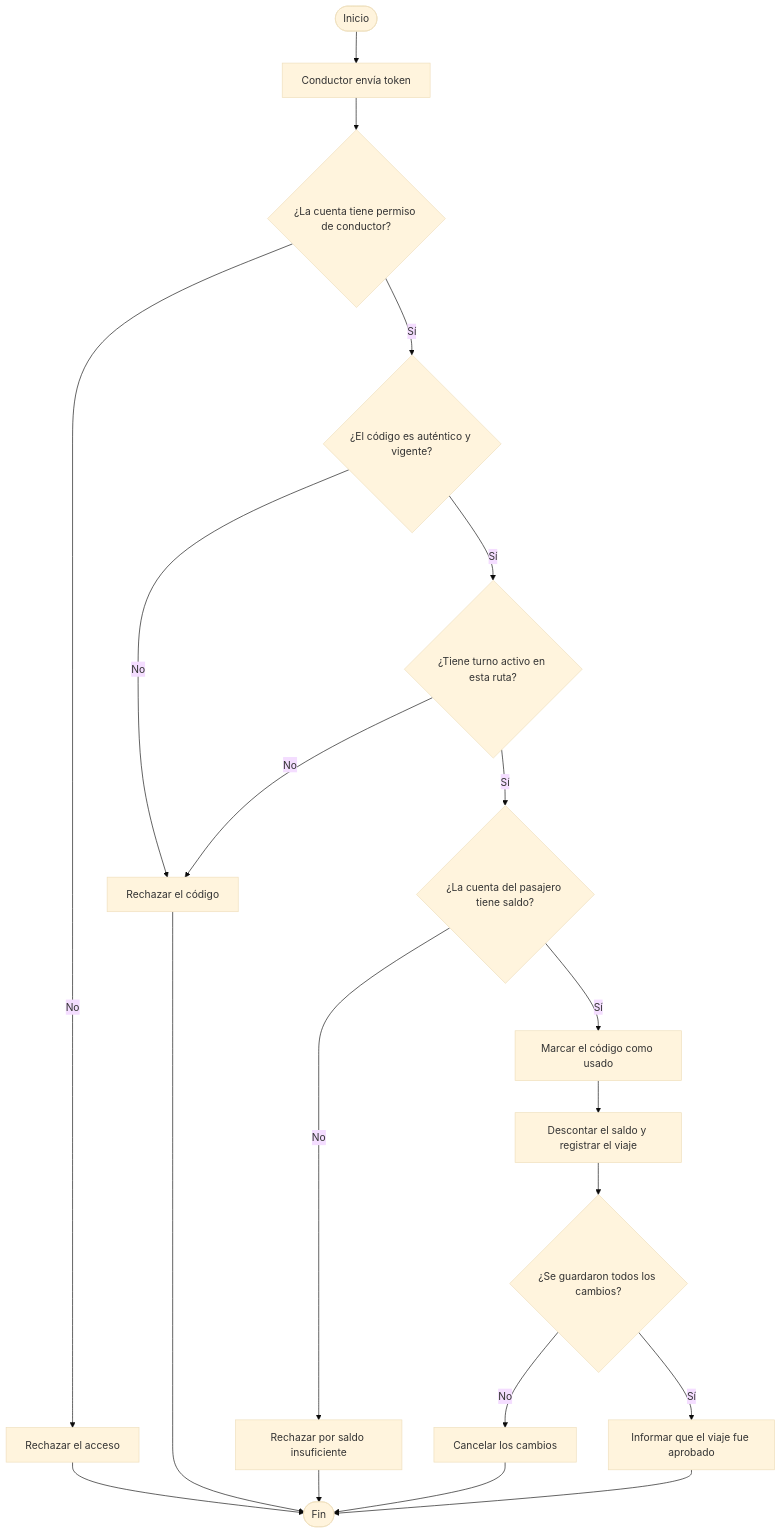
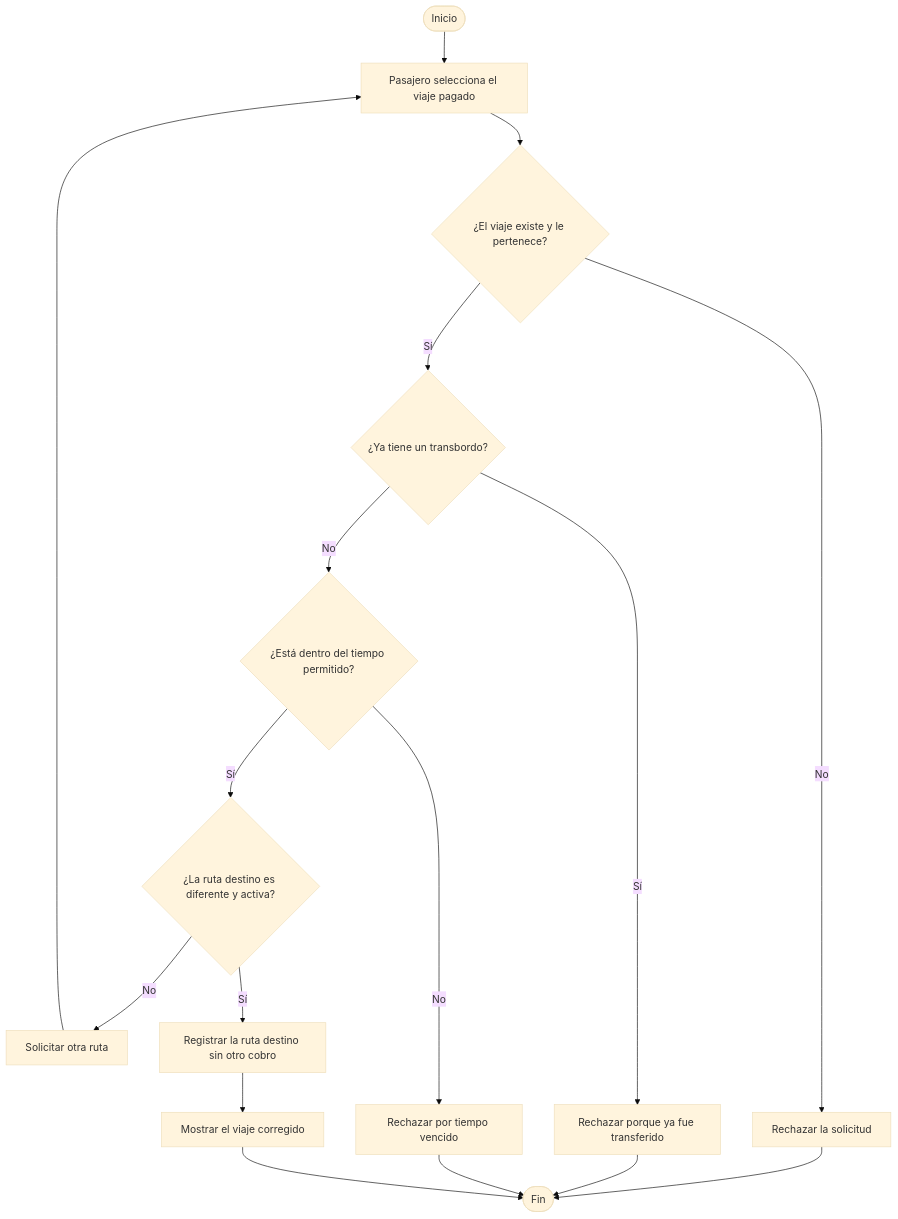
One commit to zNicolasDev/QrPass changed the fourth of 4 diagrams in backend/docs/uml_mvc_y_entregables.md. Above: the diagram before and after it, drawn with Mermaid (base theme). The commit also changed other lines of this file and 17 other files, not shown here.

First line of the commit message:
Implementa pago con QR del bus y transbordo

````diff
--- a/backend/docs/uml_mvc_y_entregables.md
+++ b/backend/docs/uml_mvc_y_entregables.md
@@ -118,22 +115,19 @@
 ```mermaid
 flowchart TD
-    A([Inicio]) --> B[Conductor envía token]
-    B --> C{¿La cuenta tiene permiso de conductor?}
-    C -- No --> X[Rechazar el acceso]
-    C -- Sí --> D{¿El código es auténtico y vigente?}
-    D -- No --> Y[Rechazar el código]
-    D -- Sí --> E{¿Tiene turno activo en esta ruta?}
-    E -- No --> Y
-    E -- Sí --> F{¿La cuenta del pasajero tiene saldo?}
-    F -- No --> Z[Rechazar por saldo insuficiente]
-    F -- Sí --> G[Marcar el código como usado]
-    G --> H[Descontar el saldo y registrar el viaje]
-    H --> I{¿Se guardaron todos los cambios?}
-    I -- No --> J[Cancelar los cambios]
-    I -- Sí --> K[Informar que el viaje fue aprobado]
-    X --> L([Fin])
-    Y --> L
-    Z --> L
-    J --> L
-    K --> L
+    A([Inicio]) --> B[Pasajero selecciona el viaje pagado]
+    B --> C{¿El viaje existe y le pertenece?}
+    C -- No --> X[Rechazar la solicitud]
+    C -- Sí --> D{¿Ya tiene un transbordo?}
+    D -- Sí --> Y[Rechazar porque ya fue transferido]
+    D -- No --> E{¿Está dentro del tiempo permitido?}
+    E -- No --> Z[Rechazar por tiempo vencido]
+    E -- Sí --> F{¿La ruta destino es diferente y activa?}
+    F -- No --> W[Solicitar otra ruta]
+    F -- Sí --> G[Registrar la ruta destino sin otro cobro]
+    G --> H[Mostrar el viaje corregido]
+    X --> I([Fin])
+    Y --> I
+    Z --> I
+    W --> B
+    H --> I
 ```
````
